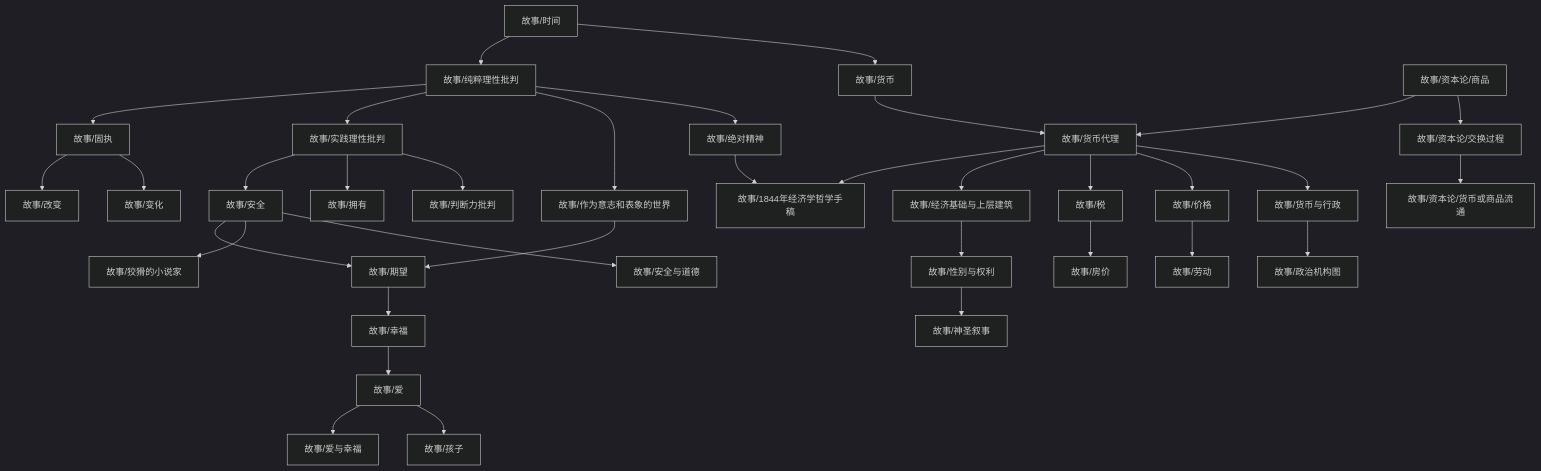
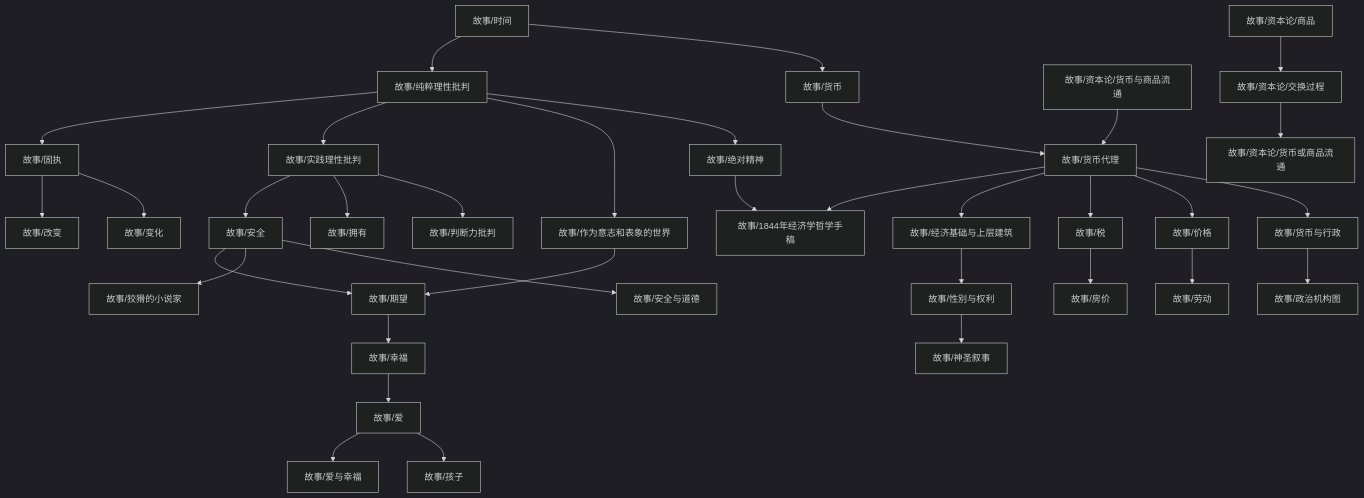
One commit to zengls3186428803/zengls3186428803.github.io changed the diagram in content/故事/dependency_graph.md. Above: the diagram before and after it, drawn with Mermaid (dark theme). The commit also changed 3 other files, not shown here.

````diff
--- a/content/故事/dependency_graph.md
+++ b/content/故事/dependency_graph.md
@@ -1,37 +1,37 @@
 ```mermaid
 graph TD
 1["故事/纯粹理性批判"] --> 0["故事/固执"]
 3["故事/经济基础与上层建筑"] --> 2["故事/性别与权利"]
 0["故事/固执"] --> 4["故事/改变"]
 6["故事/货币代理"] --> 5["故事/1844年经济学哲学手稿"]
 7["故事/绝对精神"] --> 5["故事/1844年经济学哲学手稿"]
 9["故事/作为意志和表象的世界"] --> 8["故事/期望"]
 10["故事/安全"] --> 8["故事/期望"]
 10["故事/安全"] --> 11["故事/狡猾的小说家"]
 1["故事/纯粹理性批判"] --> 12["故事/实践理性批判"]
 13["故事/时间"] --> 1["故事/纯粹理性批判"]
 12["故事/实践理性批判"] --> 10["故事/安全"]
 6["故事/货币代理"] --> 3["故事/经济基础与上层建筑"]
 12["故事/实践理性批判"] --> 14["故事/拥有"]
 6["故事/货币代理"] --> 15["故事/税"]
 15["故事/税"] --> 16["故事/房价"]
 18["故事/货币与行政"] --> 17["故事/政治机构图"]
 0["故事/固执"] --> 19["故事/变化"]
 21["故事/幸福"] --> 20["故事/爱"]
 6["故事/货币代理"] --> 22["故事/价格"]
 23["故事/货币"] --> 6["故事/货币代理"]
-24["故事/资本论/商品"] --> 6["故事/货币代理"]
+24["故事/资本论/货币与商品流通"] --> 6["故事/货币代理"]
 1["故事/纯粹理性批判"] --> 9["故事/作为意志和表象的世界"]
 1["故事/纯粹理性批判"] --> 7["故事/绝对精神"]
 6["故事/货币代理"] --> 18["故事/货币与行政"]
 10["故事/安全"] --> 26["故事/安全与道德"]
 2["故事/性别与权利"] --> 27["故事/神圣叙事"]
 20["故事/爱"] --> 28["故事/爱与幸福"]
 13["故事/时间"] --> 23["故事/货币"]
 20["故事/爱"] --> 29["故事/孩子"]
 22["故事/价格"] --> 30["故事/劳动"]
 12["故事/实践理性批判"] --> 31["故事/判断力批判"]
 8["故事/期望"] --> 21["故事/幸福"]
 33["故事/资本论/交换过程"] --> 32["故事/资本论/货币或商品流通"]
-24["故事/资本论/商品"] --> 33["故事/资本论/交换过程"]
+34["故事/资本论/商品"] --> 33["故事/资本论/交换过程"]
 ```
````
